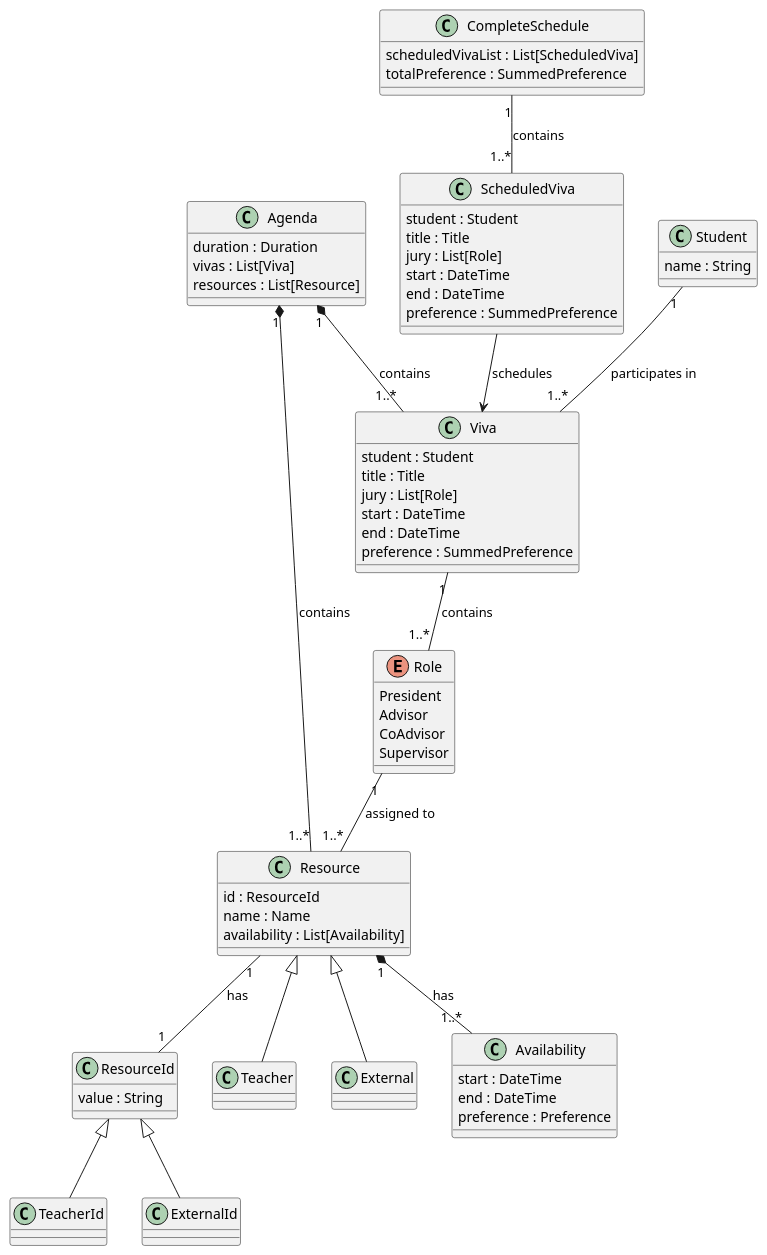
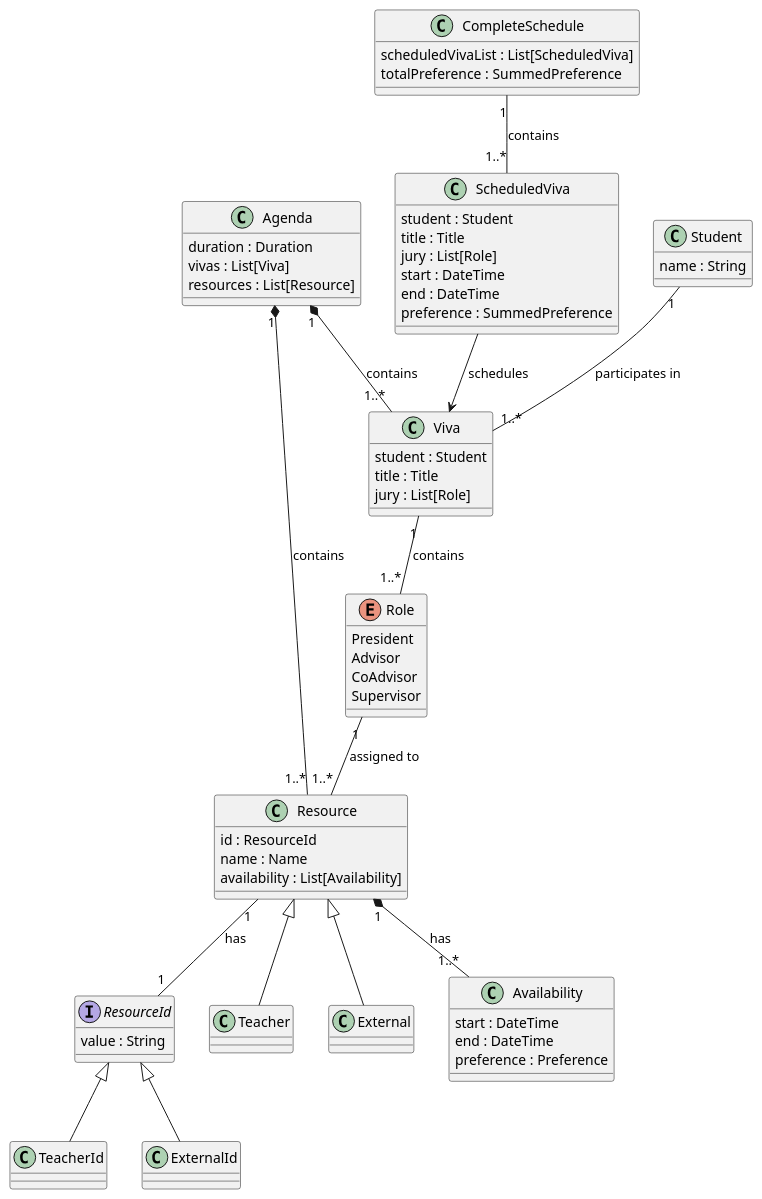
One commit to vitorpereiraa/meeting-scheduler changed the diagram in diagrams/DomainModel.puml. Above: the diagram before and after it, drawn with PlantUML. The commit also changed 2 other files, not shown here.

```diff
--- a/diagrams/DomainModel.puml
+++ b/diagrams/DomainModel.puml
@@ -1,64 +1,61 @@
 @startuml
 
 class Agenda 
 Agenda : duration : Duration
 Agenda : vivas : List[Viva]
 Agenda : resources : List[Resource]
 
 class Viva 
 Viva : student : Student
 Viva : title : Title
 Viva : jury : List[Role]
-Viva : start : DateTime
-Viva : end : DateTime
-Viva : preference : SummedPreference
 
 enum Role 
 Role : President
 Role : Advisor
 Role : CoAdvisor
 Role : Supervisor
 
 class Resource 
 Resource : id : ResourceId
 Resource : name : Name
 Resource : availability : List[Availability]
 
-class ResourceId
+interface ResourceId
 ResourceId : value : String
 
 class TeacherId extends ResourceId
 class ExternalId extends ResourceId
 
 class Teacher extends Resource
 class External extends Resource
 
 Availability : start : DateTime
 Availability : end : DateTime
 Availability : preference : Preference
 
 class ScheduledViva 
 ScheduledViva : student : Student
 ScheduledViva : title : Title
 ScheduledViva : jury : List[Role]
 ScheduledViva : start : DateTime
 ScheduledViva : end : DateTime
 ScheduledViva : preference : SummedPreference
 
 class CompleteSchedule 
 CompleteSchedule : scheduledVivaList : List[ScheduledViva]
 CompleteSchedule : totalPreference : SummedPreference
 
 Student : name : String
 
 Agenda "1" *-- "1..*" Viva : contains
 Agenda "1" *-- "1..*" Resource : contains
 Viva "1" -- "1..*" Role : contains
 Resource "1" *-- "1..*" Availability : has
 ScheduledViva --> Viva : schedules
 CompleteSchedule "1" -- "1..*" ScheduledViva : contains
 Student "1" -- "1..*" Viva : participates in
 Role "1" -- "1..*" Resource : assigned to
 Resource "1" -- "1" ResourceId : has
 
 @enduml
```
